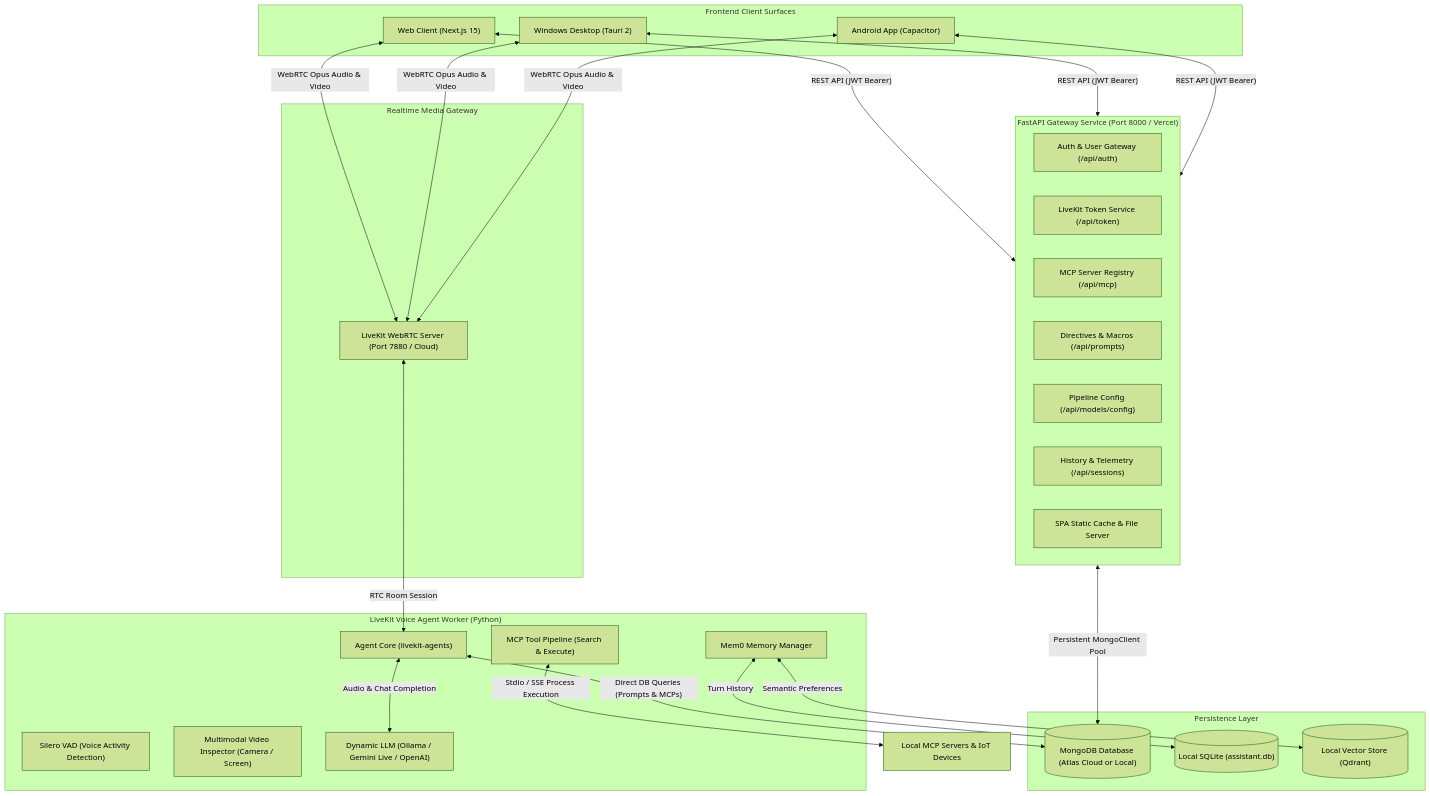
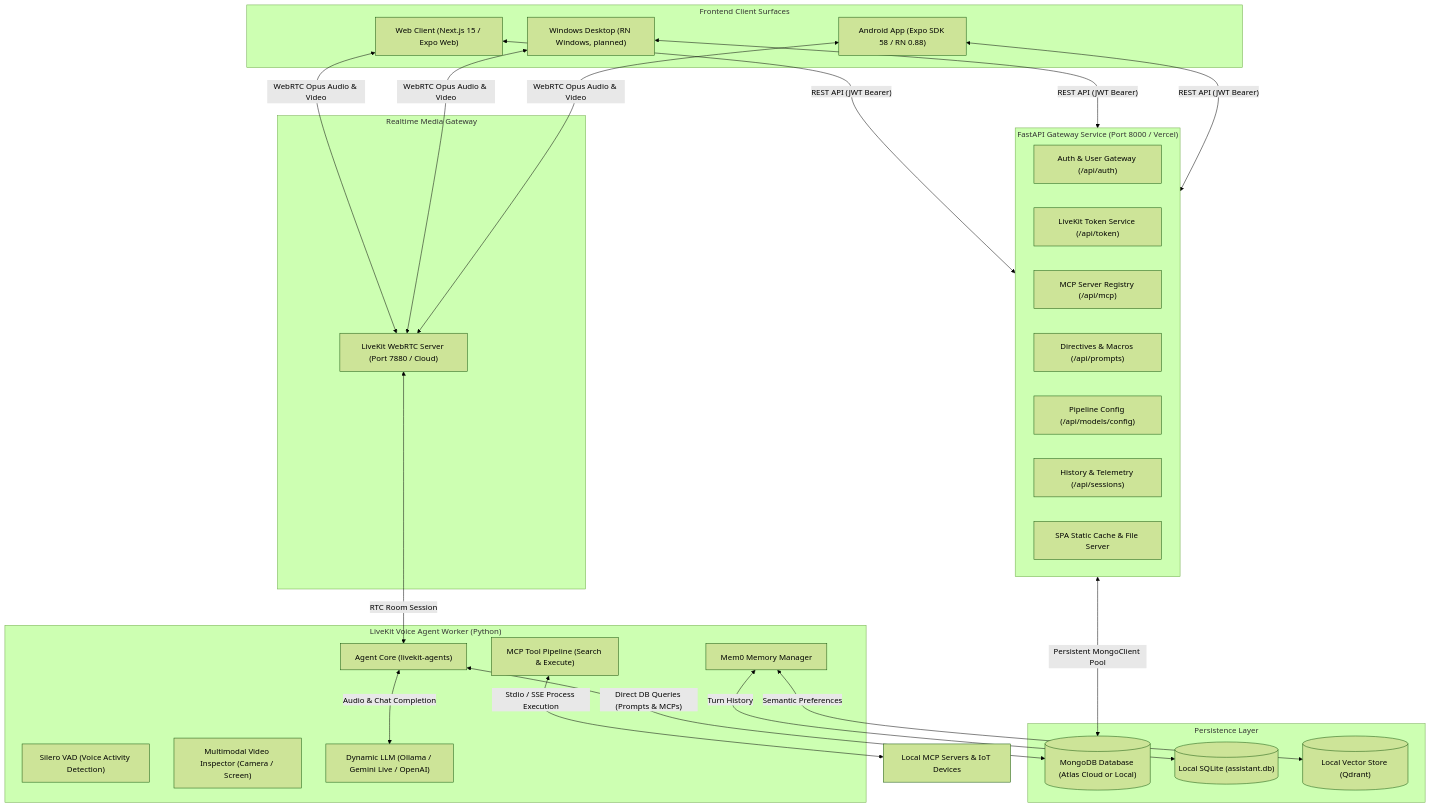
One commit to arpanchakraborty23/Exia changed the diagram in docs/project-overview.md. Above: the diagram before and after it, drawn with Mermaid (forest theme). The commit also changed other lines of this file and 17 other files, not shown here.

````diff
--- a/docs/project-overview.md
+++ b/docs/project-overview.md
@@ -59,54 +59,54 @@
 ```mermaid
 flowchart TD
     subgraph Clients["Frontend Client Surfaces"]
-        Web["Web Client (Next.js 15)"]
-        Desktop["Windows Desktop (Tauri 2)"]
-        Android["Android App (Capacitor)"]
+        Web["Web Client (Next.js 15 / Expo Web)"]
+        Desktop["Windows Desktop (RN Windows, planned)"]
+        Android["Android App (Expo SDK 58 / RN 0.88)"]
     end
 
     subgraph MediaServer["Realtime Media Gateway"]
         LiveKit["LiveKit WebRTC Server (Port 7880 / Cloud)"]
     end
 
     subgraph BackendGateway["FastAPI Gateway Service (Port 8000 / Vercel)"]
         AuthRoute["Auth & User Gateway (/api/auth)"]
         TokenRoute["LiveKit Token Service (/api/token)"]
         MCPRoute["MCP Server Registry (/api/mcp)"]
         PromptRoute["Directives & Macros (/api/prompts)"]
         ModelRoute["Pipeline Config (/api/models/config)"]
         SessionRoute["History & Telemetry (/api/sessions)"]
         StaticServe["SPA Static Cache & File Server"]
     end
 
     subgraph DataStorage["Persistence Layer"]
         MongoDB[("MongoDB Database (Atlas Cloud or Local)")]
         SQLiteDB[("Local SQLite (assistant.db)")]
         VectorStore[("Local Vector Store (Qdrant)")]
     end
 
     subgraph VoiceWorker["LiveKit Voice Agent Worker (Python)"]
         AgentCore["Agent Core (livekit-agents)"]
         VAD["Silero VAD (Voice Activity Detection)"]
         VisionMod["Multimodal Video Inspector (Camera / Screen)"]
         Mem0Engine["Mem0 Memory Manager"]
         MCPClient["MCP Tool Pipeline (Search & Execute)"]
         LLMEngine["Dynamic LLM (Ollama / Gemini Live / OpenAI)"]
     end
 
     Web <-->|"WebRTC Opus Audio & Video"| LiveKit
     Desktop <-->|"WebRTC Opus Audio & Video"| LiveKit
     Android <-->|"WebRTC Opus Audio & Video"| LiveKit
 
     Web <-->|"REST API (JWT Bearer)"| BackendGateway
     Desktop <-->|"REST API (JWT Bearer)"| BackendGateway
     Android <-->|"REST API (JWT Bearer)"| BackendGateway
 
     BackendGateway <-->|"Persistent MongoClient Pool"| MongoDB
     
     LiveKit <-->|"RTC Room Session"| AgentCore
     AgentCore <-->|"Direct DB Queries (Prompts & MCPs)"| MongoDB
     Mem0Engine <-->|"Semantic Preferences"| VectorStore
     Mem0Engine <-->|"Turn History"| SQLiteDB
     MCPClient <-->|"Stdio / SSE Process Execution"| ExternalTools["Local MCP Servers & IoT Devices"]
     AgentCore <-->|"Audio & Chat Completion"| LLMEngine
 ```
````
